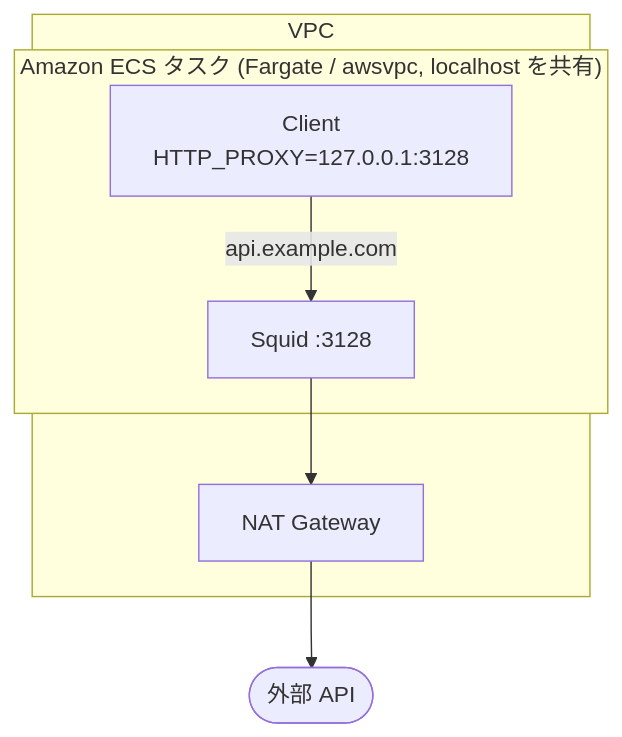
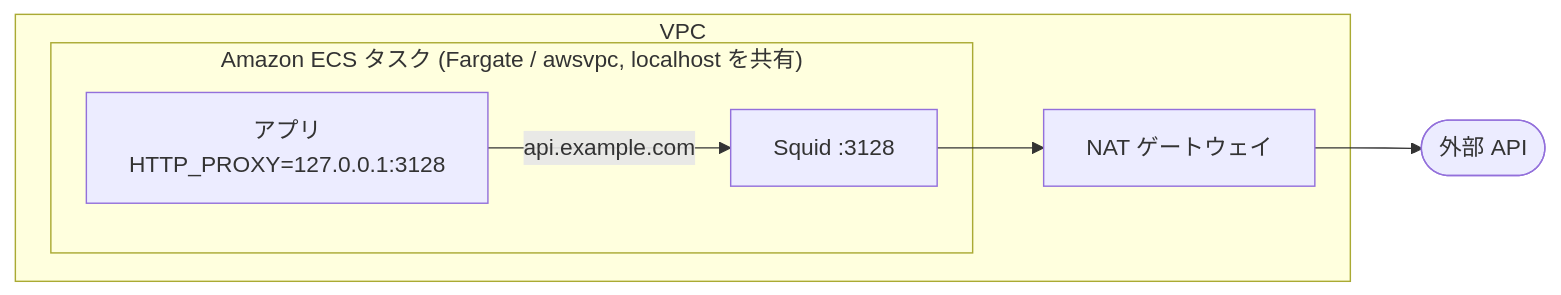
One commit to satoshi256kbyte/squid-wiremock-sidecar changed the first of 7 diagrams in docs/解説記事.md. Above: the diagram before and after it, drawn with Mermaid. The commit also changed other lines of this file, not shown here.

First line of the commit message:
解説記事を追加し、文書を ARCHITECTURE.md と docs/テスト方式.md に集約する (#49)

````diff
--- a/docs/解説記事.md
+++ b/docs/解説記事.md
@@ -75,13 +122,13 @@
 ```mermaid
-flowchart
+flowchart LR
   subgraph VPC["VPC"]
     subgraph Task["Amazon ECS タスク (Fargate / awsvpc, localhost を共有)"]
-      App["Client<br/>HTTP_PROXY=127.0.0.1:3128"]
+      App["アプリ<br/>HTTP_PROXY=127.0.0.1:3128"]
       Squid["Squid :3128"]
       App -->|"api.example.com"| Squid
     end
-    NAT["NAT Gateway"]
+    NAT["NAT ゲートウェイ"]
     Squid --> NAT
   end
   NAT --> API(["外部 API"])
 ```
````
